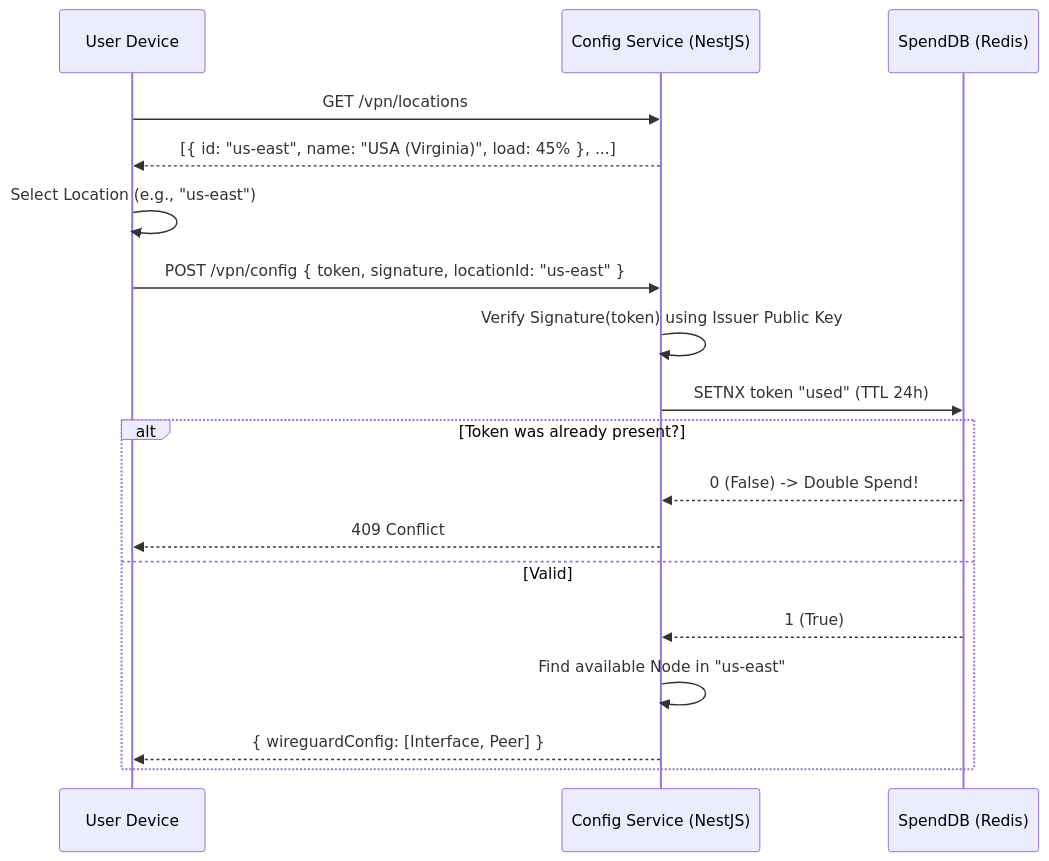
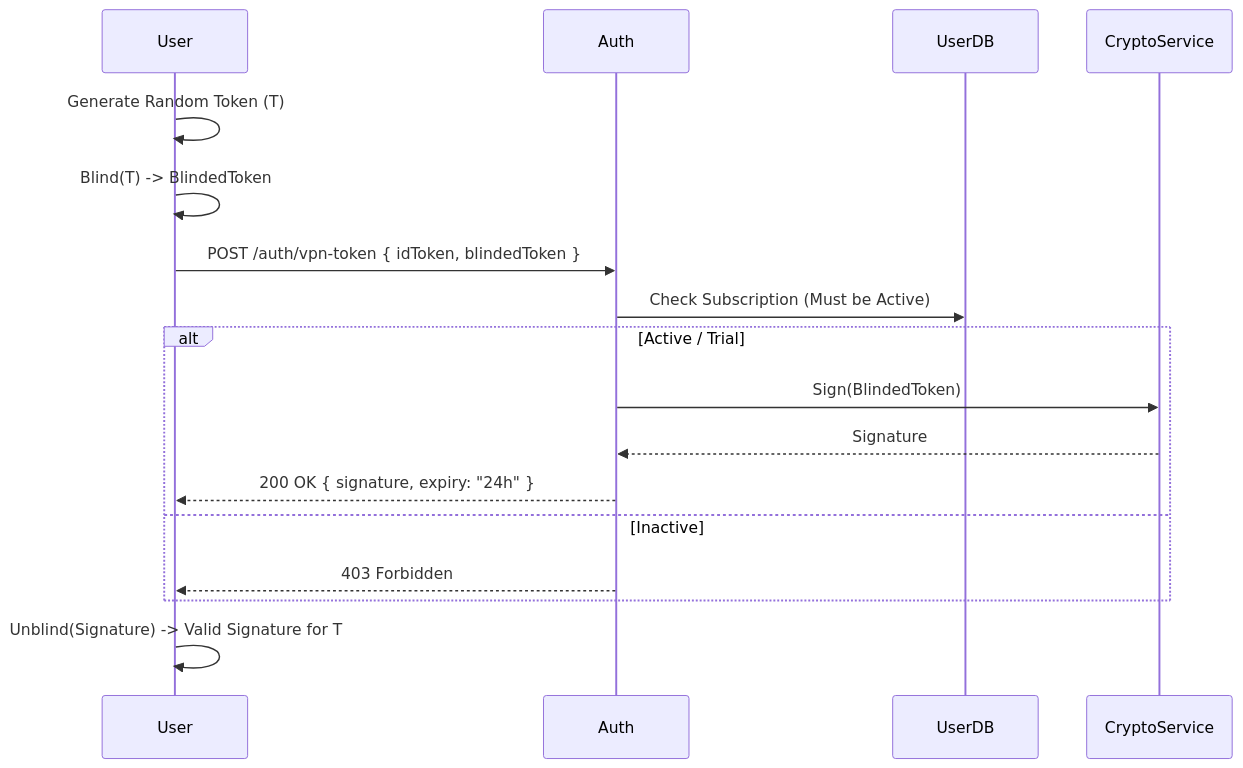
Before and after one commit to Keen-VPN/docs: diagram 14 of 23 in new/architecture/B2C_BACKEND_DESIGN.md, drawn with Mermaid. The commit also changed other lines of this file and 6 other files, not shown here.

Commit message:
Updated the backend architecture

````diff
--- a/new/architecture/B2C_BACKEND_DESIGN.md
+++ b/new/architecture/B2C_BACKEND_DESIGN.md
@@ -80,25 +399,23 @@
-```mermaid
-sequenceDiagram
-    participant User as User Device
-    participant Config as Config Service (NestJS)
-    participant Redis as SpendDB (Redis)
+    ```mermaid
+    sequenceDiagram
+        participant User
+        participant Auth
+        participant DB as UserDB
+        participant Crypto as CryptoService
 
-    User->>Config: GET /vpn/locations
-    Config-->>User: [{ id: "us-east", name: "USA (Virginia)", load: 45% }, ...]
+        User->>User: Generate Random Token (T)
+        User->>User: Blind(T) -> BlindedToken
+        
+        User->>Auth: POST /auth/vpn-token { idToken, blindedToken }
+        Auth->>DB: Check Subscription (Must be Active)
+        
+        alt Active / Trial
+            Auth->>Crypto: Sign(BlindedToken)
+            Crypto-->>Auth: Signature
+            Auth-->>User: 200 OK { signature, expiry: "24h" }
+        else Inactive
+            Auth-->>User: 403 Forbidden
+        end
 
-    User->>User: Select Location (e.g., "us-east")
-
-    User->>Config: POST /vpn/config { token, signature, locationId: "us-east" }
-    
-    Config->>Config: Verify Signature(token) using Issuer Public Key
-    
-    Config->>Redis: SETNX token "used" (TTL 24h)
-    alt Token was already present?
-        Redis-->>Config: 0 (False) -> Double Spend!
-        Config-->>User: 409 Conflict
-    else Valid
-        Redis-->>Config: 1 (True)
-        Config->>Config: Find available Node in "us-east"
-        Config-->>User: { wireguardConfig: [Interface, Peer] }
-    end
-```
+        User->>User: Unblind(Signature) -> Valid Signature for T
+    ```
````
